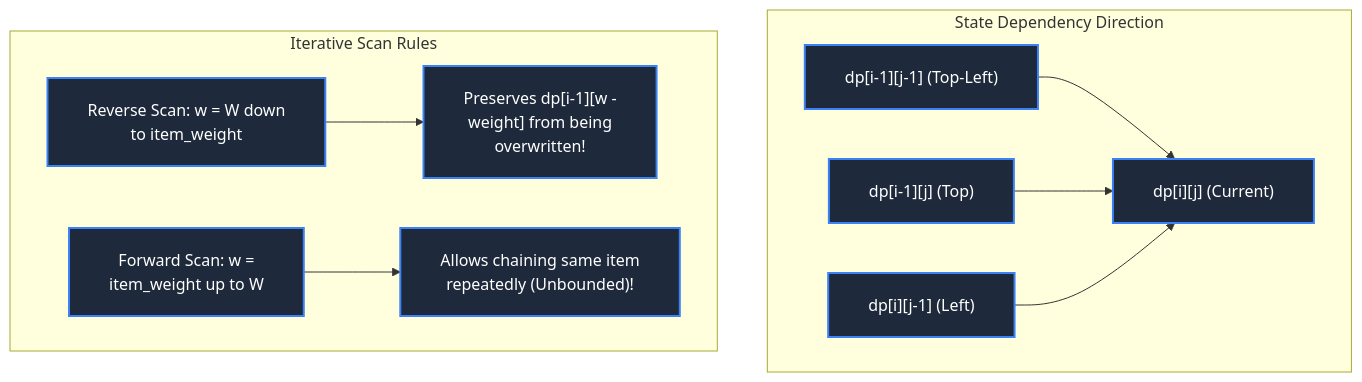
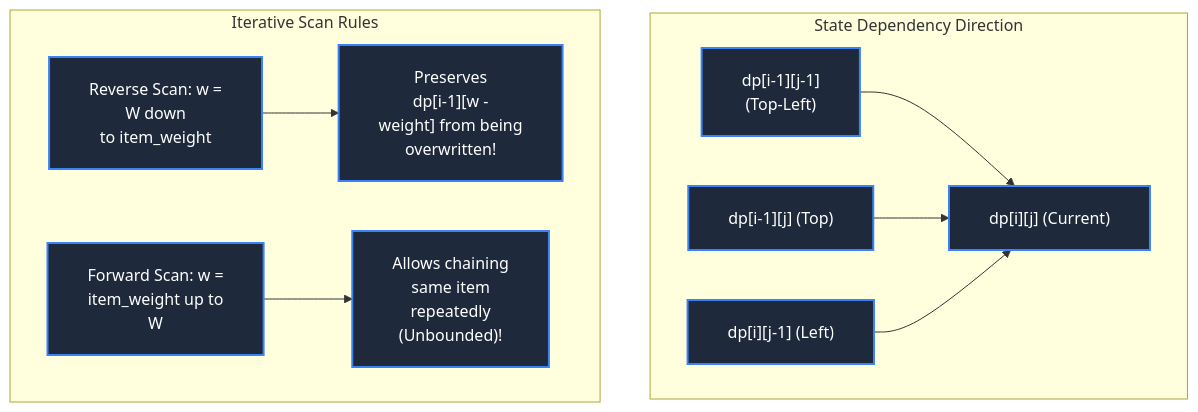
The diagram in week_11_dp_ii_advanced/Week_11_Day_04_State_Compression_And_Optimizations_Instructional.md (dip4k/DSA_102), drawn with Mermaid before and after one commit. The commit also changed 106 other files, not shown here.

First line of the commit message:
fix(mermaid): prevent text clipping with foreignObject overflow and tighter line wrapping

````diff
--- a/week_11_dp_ii_advanced/Week_11_Day_04_State_Compression_And_Optimizations_Instructional.md
+++ b/week_11_dp_ii_advanced/Week_11_Day_04_State_Compression_And_Optimizations_Instructional.md
@@ -86,17 +86,17 @@
 ```mermaid
-%%{init: {"flowchart": {"htmlLabels": true, "padding": 20}}}%%
+%%{init: {"flowchart": {"htmlLabels": true, "padding": 20}, "themeCSS": "foreignObject { overflow: visible !important; }"}}%%
 flowchart TD
     subgraph DependencyPattern["State Dependency Direction"]
-        TL["dp[i-1][j-1] (Top-Left)"] --> Target["dp[i][j] (Current)"]
+        TL["dp[i-1][j-1]<br/>(Top-Left)"] --> Target["dp[i][j] (Current)"]
         T["dp[i-1][j] (Top)"] --> Target
         L["dp[i][j-1] (Left)"] --> Target
     end
 
     subgraph IterationDirection["Iterative Scan Rules"]
-        Back["Reverse Scan: w = W down<br/>to item_weight"] --> Keep["Preserves dp[i-1][w -<br/>weight] from being<br/>overwritten!"]
-        Forw["Forward Scan: w =<br/>item_weight up to W"] --> Reuse["Allows chaining same item<br/>repeatedly (Unbounded)!"]
+        Back["Reverse Scan: w =<br/>W down<br/>to item_weight"] --> Keep["Preserves<br/>dp[i-1][w -<br/>weight] from being<br/>overwritten!"]
+        Forw["Forward Scan: w =<br/>item_weight up to<br/>W"] --> Reuse["Allows chaining<br/>same item<br/>repeatedly<br/>(Unbounded)!"]
     end
 
     classDef default fill:#1e293b,stroke:#3b82f6,stroke-width:2px,color:#ffffff
     classDef highlight fill:#0d47a1,stroke:#82b1ff,stroke-width:2px,color:#ffffff
 ```
````
